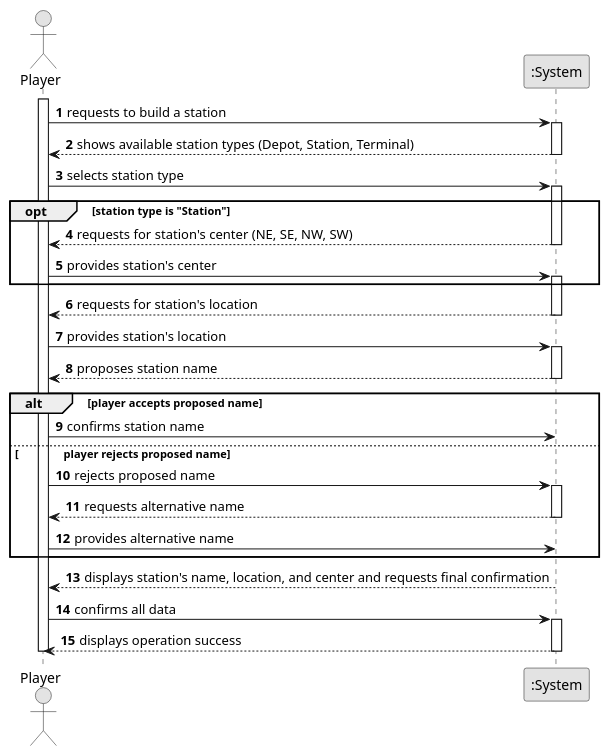
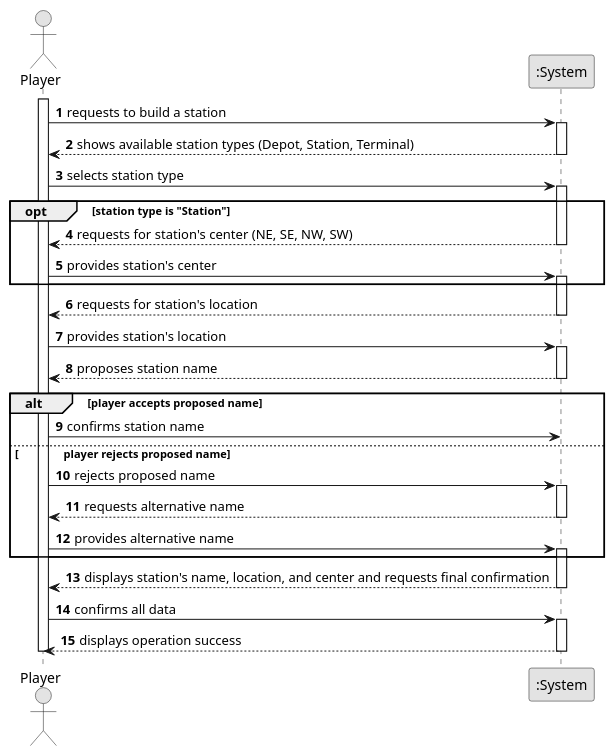
Before and after one commit to Educ00/mdisc-2425: the diagram in docs/system-documentation/sprint 2/US05/01.requirements-engineering/puml/US005-SSD.puml, drawn with PlantUML. The commit also changed 1 other file, not shown here.

Commit message:
Minor update on the system lifeline on US05 SSD after alt block

```diff
--- a/docs/system-documentation/sprint 2/US05/01.requirements-engineering/puml/US005-SSD.puml
+++ b/docs/system-documentation/sprint 2/US05/01.requirements-engineering/puml/US005-SSD.puml
@@ -1,63 +1,62 @@
 @startuml
      skinparam monochrome true
      skinparam packageStyle rectangle
      skinparam shadowing false
 
      autonumber
 
      actor "Player" as Player
      participant ":System" as System
 
      activate Player
 
          Player -> System : requests to build a station
          activate System
 
              System --> Player : shows available station types (Depot, Station, Terminal)
          deactivate System
 
          Player -> System : selects station type
          activate System
 
              opt station type is "Station"
                  System --> Player : requests for station's center (NE, SE, NW, SW)
                  deactivate System
 
                  Player -> System : provides station's center
                  activate System
              end
 
              System --> Player : requests for station's location
          deactivate System
 
          Player -> System : provides station's location
          activate System
 
              System --> Player : proposes station name
          deactivate System
 
          alt player accepts proposed name
              Player -> System : confirms station name
          else \t \t player rejects proposed name
              Player -> System : rejects proposed name
              activate System
 
                  System --> Player : requests alternative name
              deactivate System
 
              Player -> System : provides alternative name
+             activate System
          end
-
-         activate System
 
              System --> Player : displays station's name, location, and center and requests final confirmation
          deactivate System
 
          Player -> System : confirms all data
          activate System
 
              System --> Player : displays operation success
          deactivate System
 
      deactivate Player
      @enduml
```
